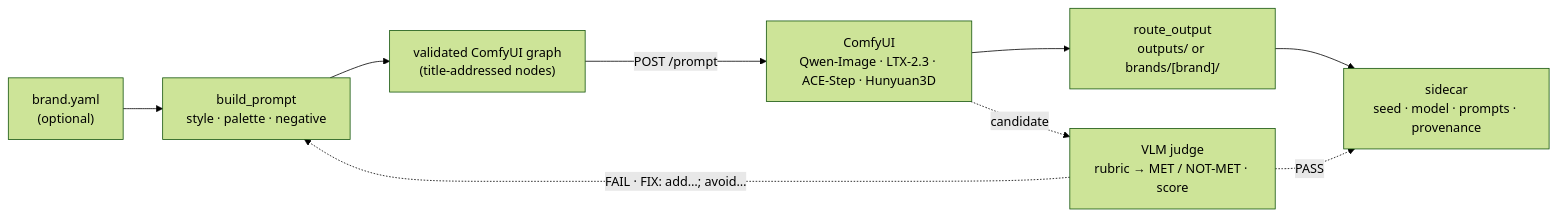
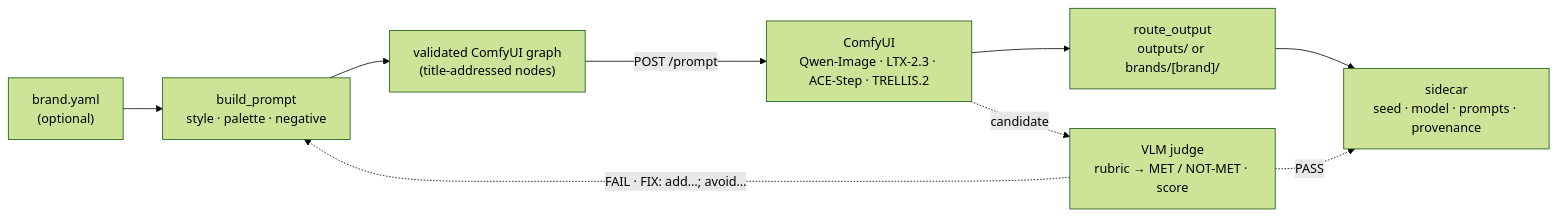
The diagram in README.md (whartons/Chimera), drawn with Mermaid (forest theme) before and after one commit. The commit also changed other lines of this file and 25 other files, not shown here.

````diff
--- a/README.md
+++ b/README.md
@@ -129,11 +129,11 @@
 ```mermaid
 flowchart LR
     M["brand.yaml<br/>(optional)"] --> P["build_prompt<br/>style · palette · negative"]
     P --> G["validated ComfyUI graph<br/>(title-addressed nodes)"]
-    G -->|"POST /prompt"| C["ComfyUI<br/>Qwen-Image · LTX-2.3 · ACE-Step · Hunyuan3D"]
+    G -->|"POST /prompt"| C["ComfyUI<br/>Qwen-Image · LTX-2.3 · ACE-Step · TRELLIS.2"]
     C --> R["route_output<br/>outputs/ or brands/[brand]/"]
     R --> S["sidecar<br/>seed · model · prompts · provenance"]
     C -. "candidate" .-> J["VLM judge<br/>rubric → MET / NOT-MET · score"]
     J -. "PASS" .-> S
     J -. "FAIL · FIX: add…; avoid…" .-> P
 ```
````
